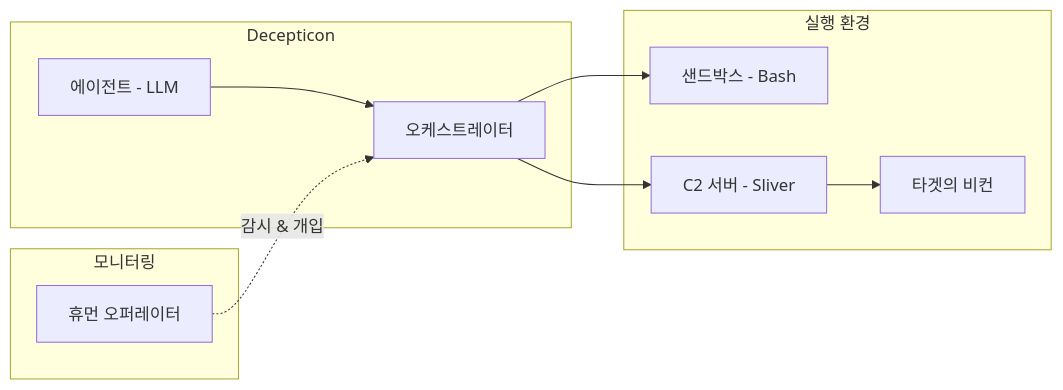
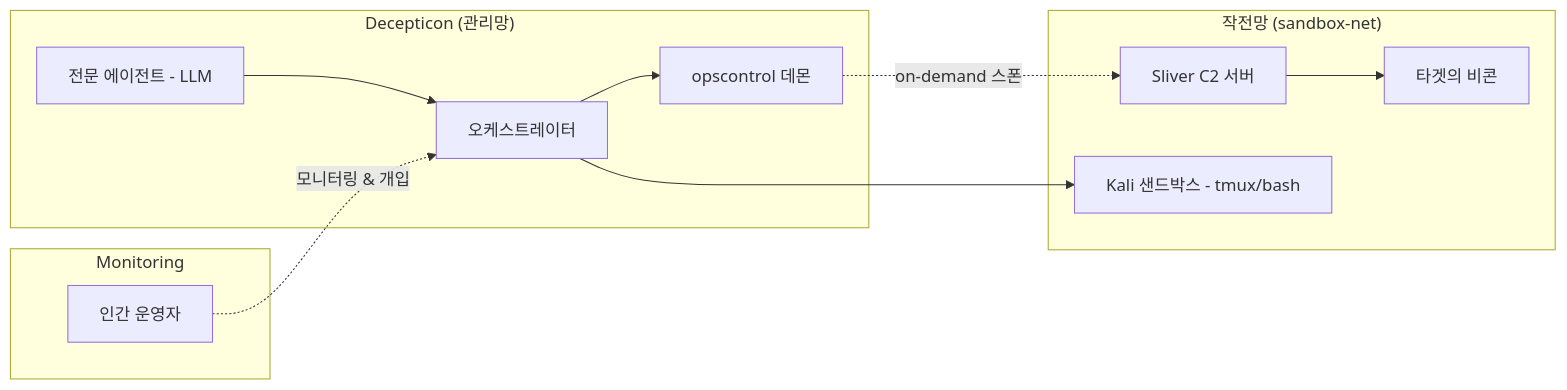
The diagram in ko/vision/target-architecture.mdx (PurpleAILAB/docs), drawn with Mermaid before and after one commit. The commit also changed other lines of this file and 16 other files, not shown here.

First line of the commit message:
docs: realign architecture/feature pages with v1.1.12 (#1)

````diff
--- a/ko/vision/target-architecture.mdx
+++ b/ko/vision/target-architecture.mdx
@@ -47,16 +61,17 @@
 ```mermaid
 graph LR
-    subgraph Decepticon
-        A[에이전트 - LLM] --> O[오케스트레이터]
+    subgraph Decepticon ["Decepticon (관리망)"]
+        A[전문 에이전트 - LLM] --> O[오케스트레이터]
+        O --> OPS[opscontrol 데몬]
     end
 
-    subgraph 실행 환경
-        O --> S[샌드박스 - Bash]
-        O --> C[C2 서버 - Sliver]
-        C --> B[타겟의 비컨]
+    subgraph Execution ["작전망 (sandbox-net)"]
+        OPS -.->|on-demand 스폰| C[Sliver C2 서버]
+        O --> S[Kali 샌드박스 - tmux/bash]
+        C --> B[타겟의 비콘]
     end
 
-    subgraph 모니터링
-        H[휴먼 오퍼레이터] -.->|감시 & 개입| O
+    subgraph Monitoring
+        H[인간 운영자] -.->|모니터링 & 개입| O
     end
 ```
````
